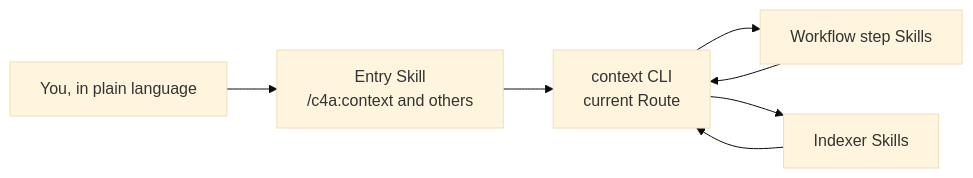
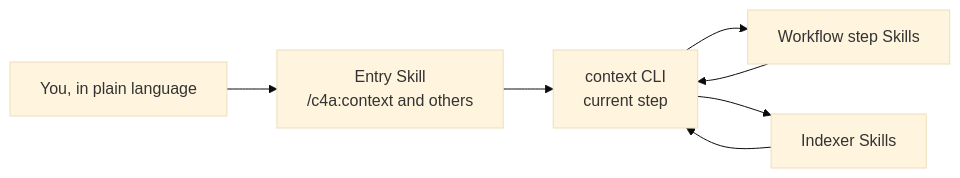
One commit to context4ai/portal changed the diagram in knowledge/product/getting-started/commands-and-skills.md. Above: the diagram before and after it, drawn with Mermaid (base theme). The commit also changed other lines of this file and 129 other files, not shown here.

````diff
--- a/knowledge/product/getting-started/commands-and-skills.md
+++ b/knowledge/product/getting-started/commands-and-skills.md
@@ -14,9 +14,9 @@
 ```mermaid
 flowchart LR
   you["You, in plain language"] --> entry["Entry Skill<br/>/c4a:context and others"]
-  entry --> cli["context CLI<br/>current Route"]
+  entry --> cli["context CLI<br/>current step"]
   cli --> step["Workflow step Skills"]
   cli --> idx["Indexer Skills"]
   step --> cli
   idx --> cli
 ```
````
